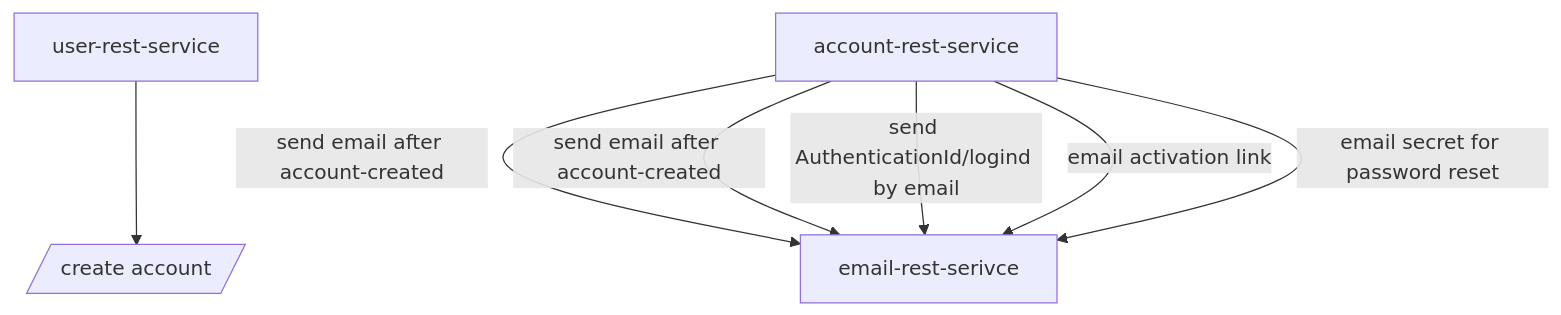
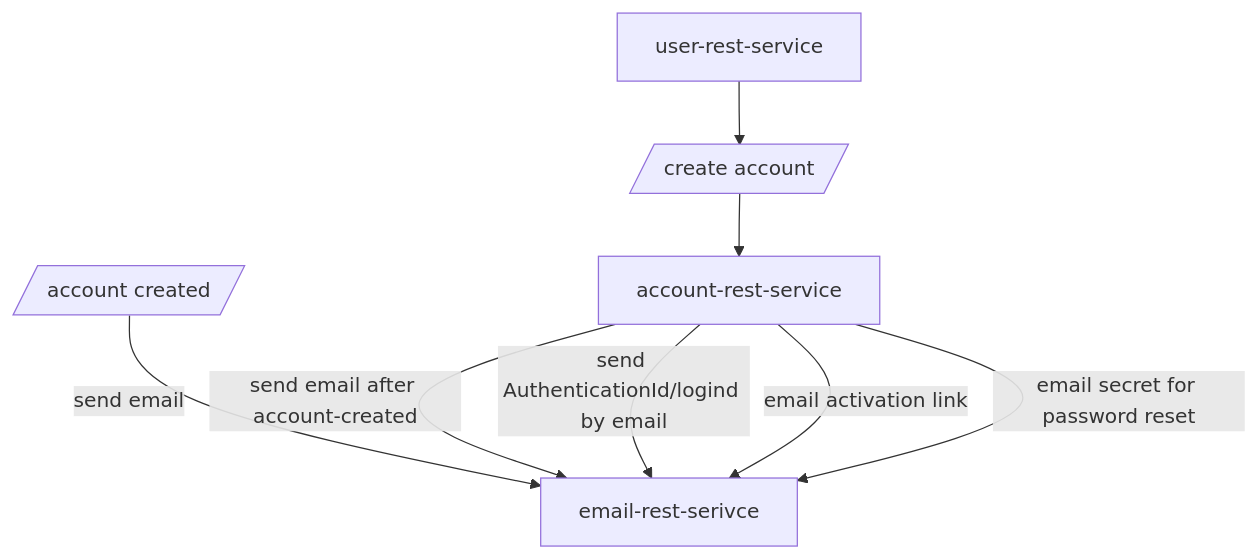
One commit to sonamsamdupkhangsar/email-rest-service changed the diagram in README.md. Above: the diagram before and after it, drawn with Mermaid.

Commit message:
add mermaidms

````diff
--- a/README.md
+++ b/README.md
@@ -9,10 +9,10 @@
 ```mermaid
 flowchart TD
- User[user-rest-service] --> createAccount[/create account/]
+ User[user-rest-service] --> createAccount[/create account/] -->Account[account-rest-service]
  
- Account[account-rest-service] --"send email after account-created"--> email[email-rest-serivce]
+ AccountCreated[/account created/] --"send email"--> email[email-rest-serivce]
  Account[account-rest-service] --"send email after account-created"--> email[email-rest-serivce]
  Account --"send AuthenticationId/logind by email"--> email
  Account --"email activation link"-->email
  Account --"email secret for password reset" -->email
 ```
````
